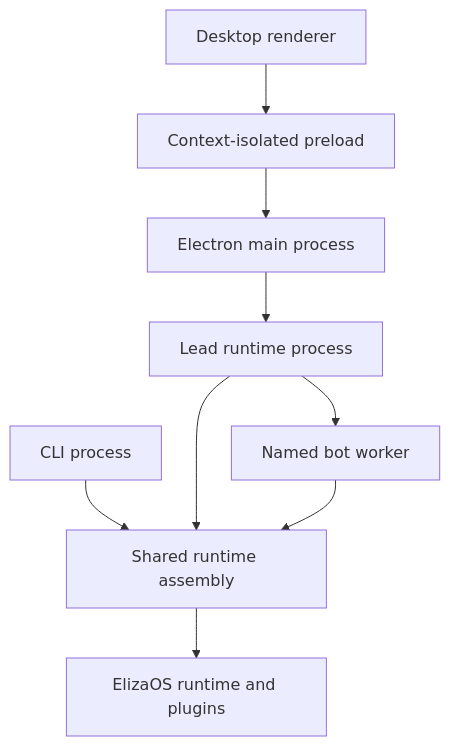
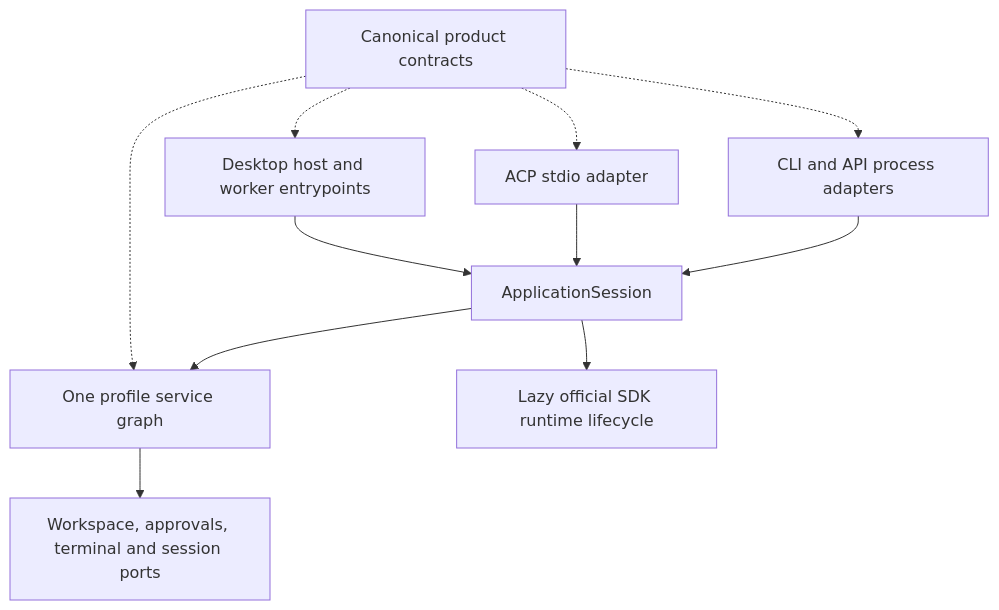
Before and after one commit to SYMBaiEX/doolittle: the diagram in docs/architecture.md, drawn with Mermaid. The commit also changed other lines of this file and 13 other files, not shown here.

````diff
--- a/docs/architecture.md
+++ b/docs/architecture.md
@@ -31,11 +24,13 @@
 ```mermaid
 flowchart TD
-  CLI[CLI process] --> Agent[Shared runtime assembly]
-  Renderer[Desktop renderer] --> Preload[Context-isolated preload]
-  Preload --> Main[Electron main process]
-  Main --> Host[Lead runtime process]
-  Host --> Worker[Named bot worker]
-  Host --> Agent
-  Worker --> Agent
-  Agent --> SDK[ElizaOS runtime and plugins]
+  CLI[CLI and API process adapters] --> App[ApplicationSession]
+  ACP[ACP stdio adapter] --> App
+  Desktop[Desktop host and worker entrypoints] --> App
+  App --> Graph[One profile service graph]
+  App --> SDK[Lazy official SDK runtime lifecycle]
+  Contracts[Canonical product contracts] -.-> CLI
+  Contracts -.-> ACP
+  Contracts -.-> Desktop
+  Contracts -.-> Graph
+  Graph --> Ports[Workspace, approvals, terminal and session ports]
 ```
````
